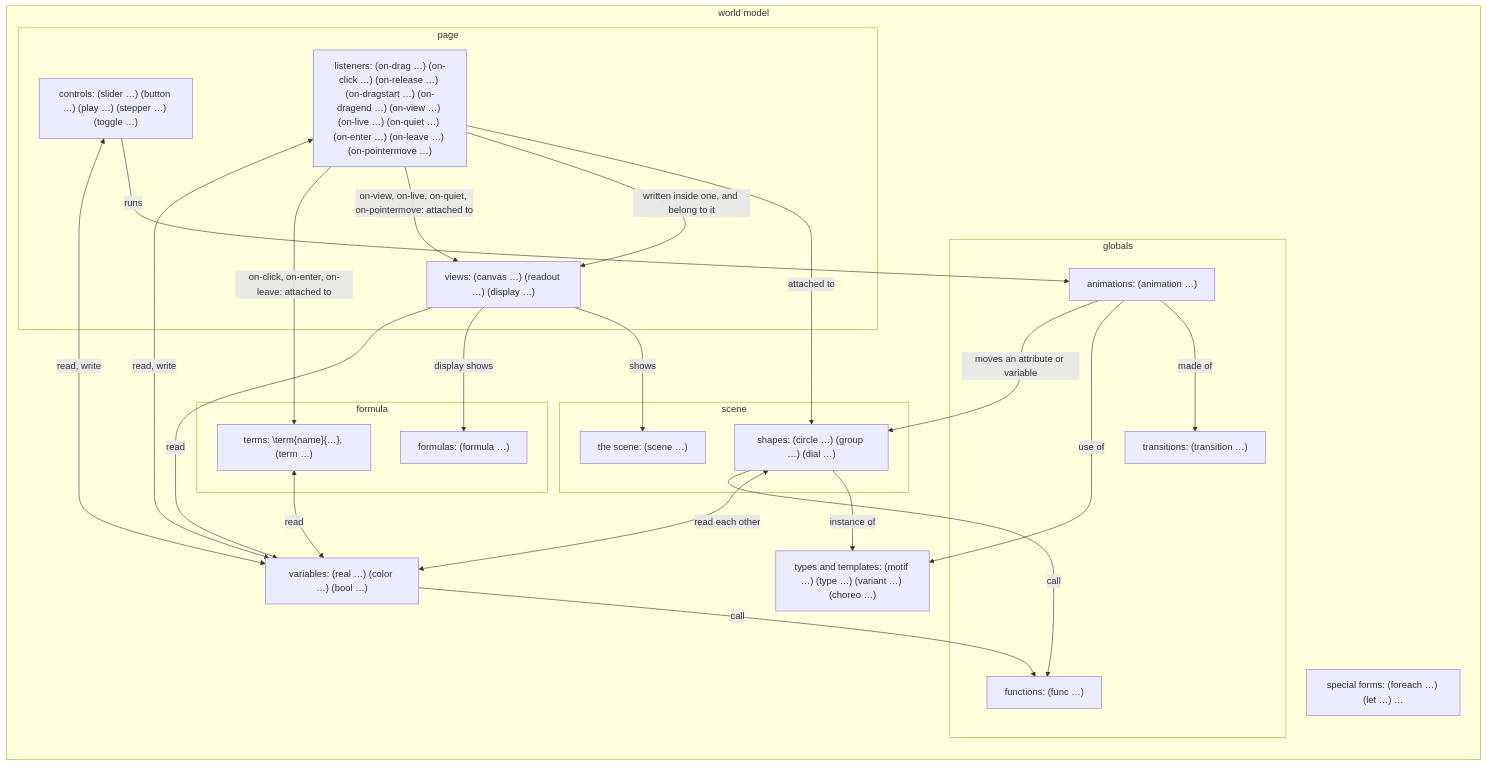
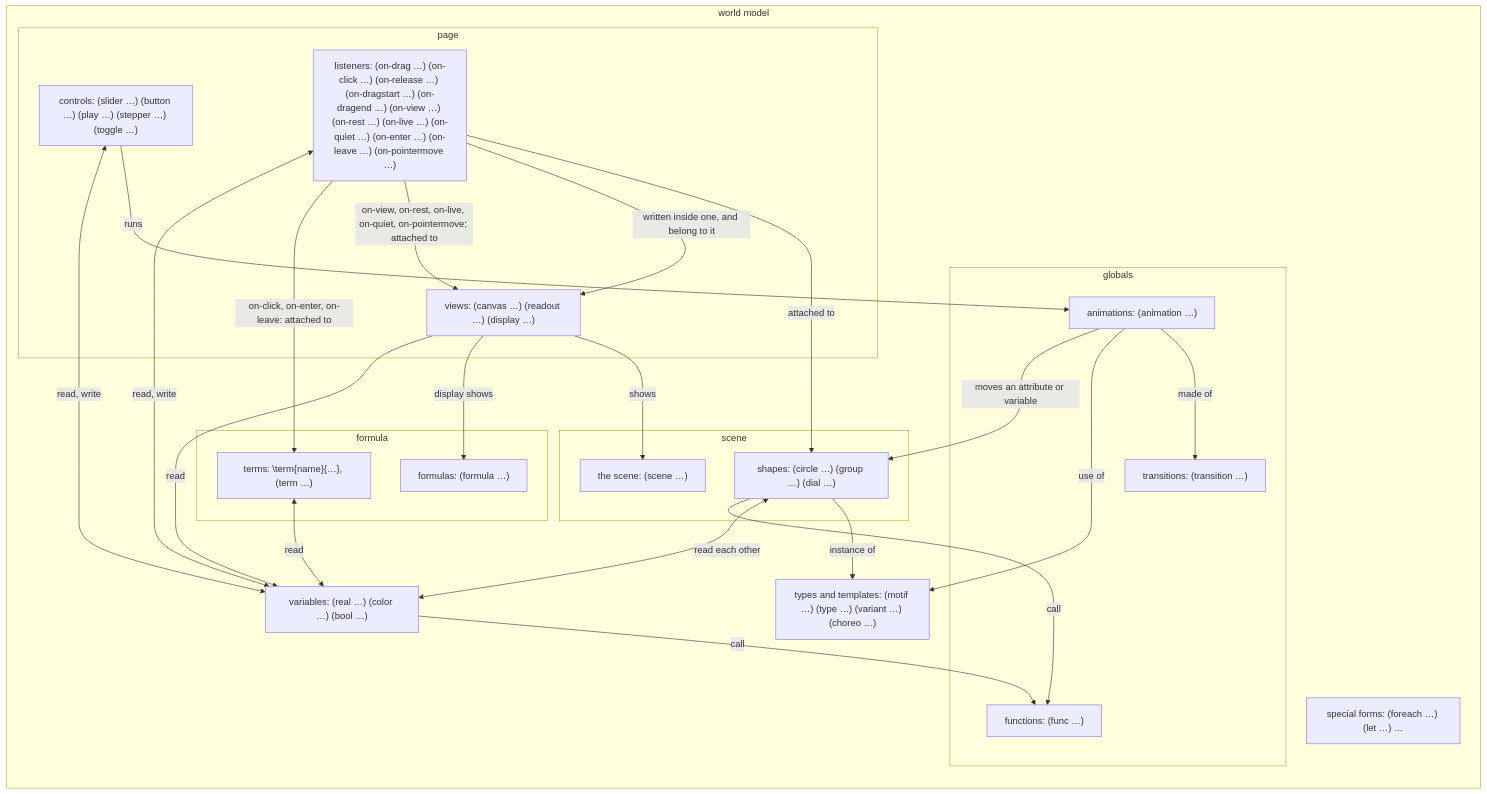
Before and after one commit to aris-pub/mathterpiece: the second of 3 diagrams in docs/data-model.md, drawn with Mermaid. The commit also changed other lines of this file and 3 other files, not shown here.

````diff
--- a/docs/data-model.md
+++ b/docs/data-model.md
@@ -98,42 +98,42 @@
 ```mermaid
 flowchart LR
   subgraph wm [world model]
     types["types and templates: (motif …) (type …) (variant …) (choreo …)"]
     special["special forms: (foreach …) (let …) …"]
     subgraph scene
       sc["the scene: (scene …)"]
       shapes["shapes: (circle …) (group …) (dial …)"]
     end
     subgraph formula
       fm["formulas: (formula …)"]
       terms["terms: \term{name}{…}, (term …)"]
     end
     vars["variables: (real …) (color …) (bool …)"]
     subgraph globals
       funcs["functions: (func …)"]
       trans["transitions: (transition …)"]
       anims["animations: (animation …)"]
     end
     subgraph page
       views["views: (canvas …) (readout …) (display …)"]
-      listeners["listeners: (on-drag …) (on-click …) (on-release …) (on-dragstart …) (on-dragend …) (on-view …) (on-live …) (on-quiet …) (on-enter …) (on-leave …) (on-pointermove …)"]
+      listeners["listeners: (on-drag …) (on-click …) (on-release …) (on-dragstart …) (on-dragend …) (on-view …) (on-rest …) (on-live …) (on-quiet …) (on-enter …) (on-leave …) (on-pointermove …)"]
       controls["controls: (slider …) (button …) (play …) (stepper …) (toggle …)"]
     end
   end
   shapes -->|instance of| types
   shapes <-->|read each other| vars
   vars & shapes -->|call| funcs
   anims -->|made of| trans
   anims -->|use of| types
   anims -->|moves an attribute or variable| shapes
   controls -->|runs| anims
   listeners -->|attached to| shapes
   listeners -->|written inside one, and belong to it| views
-  listeners -->|on-view, on-live, on-quiet, on-pointermove: attached to| views
+  listeners -->|on-view, on-rest, on-live, on-quiet, on-pointermove: attached to| views
   views -->|shows| sc
   views -->|display shows| fm
   listeners -->|on-click, on-enter, on-leave: attached to| terms
   terms <-->|read| vars
   views -->|read| vars
   listeners & controls <-->|read, write| vars
 ```
````
